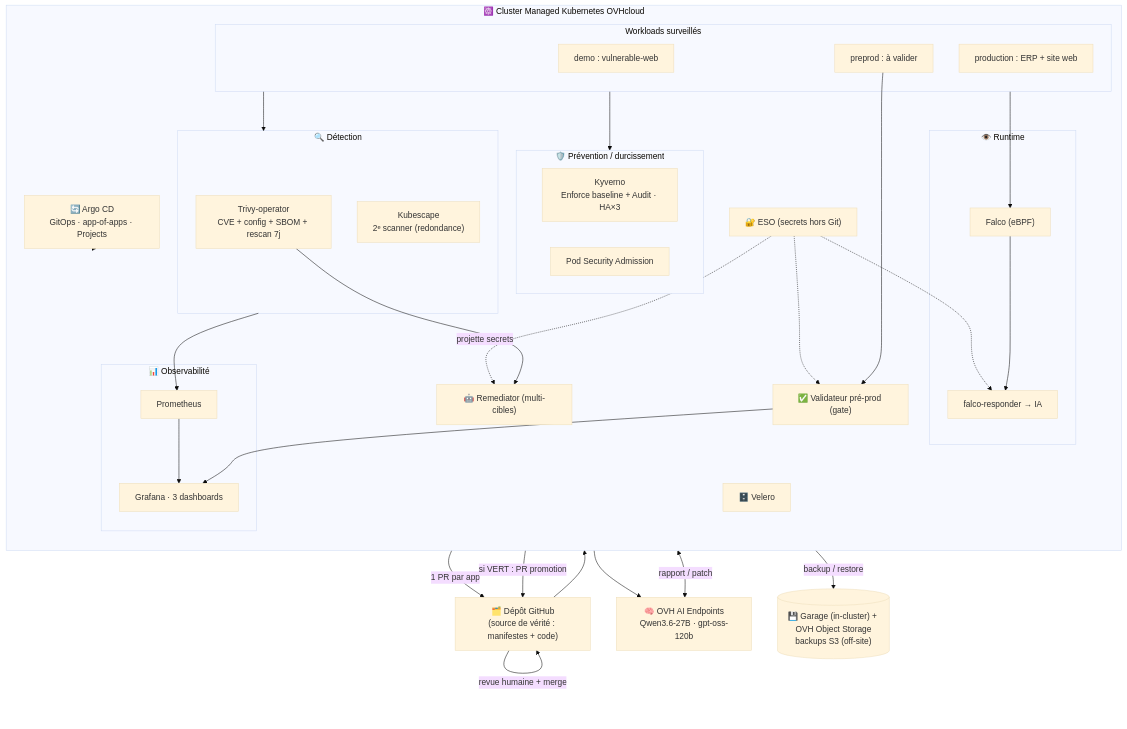
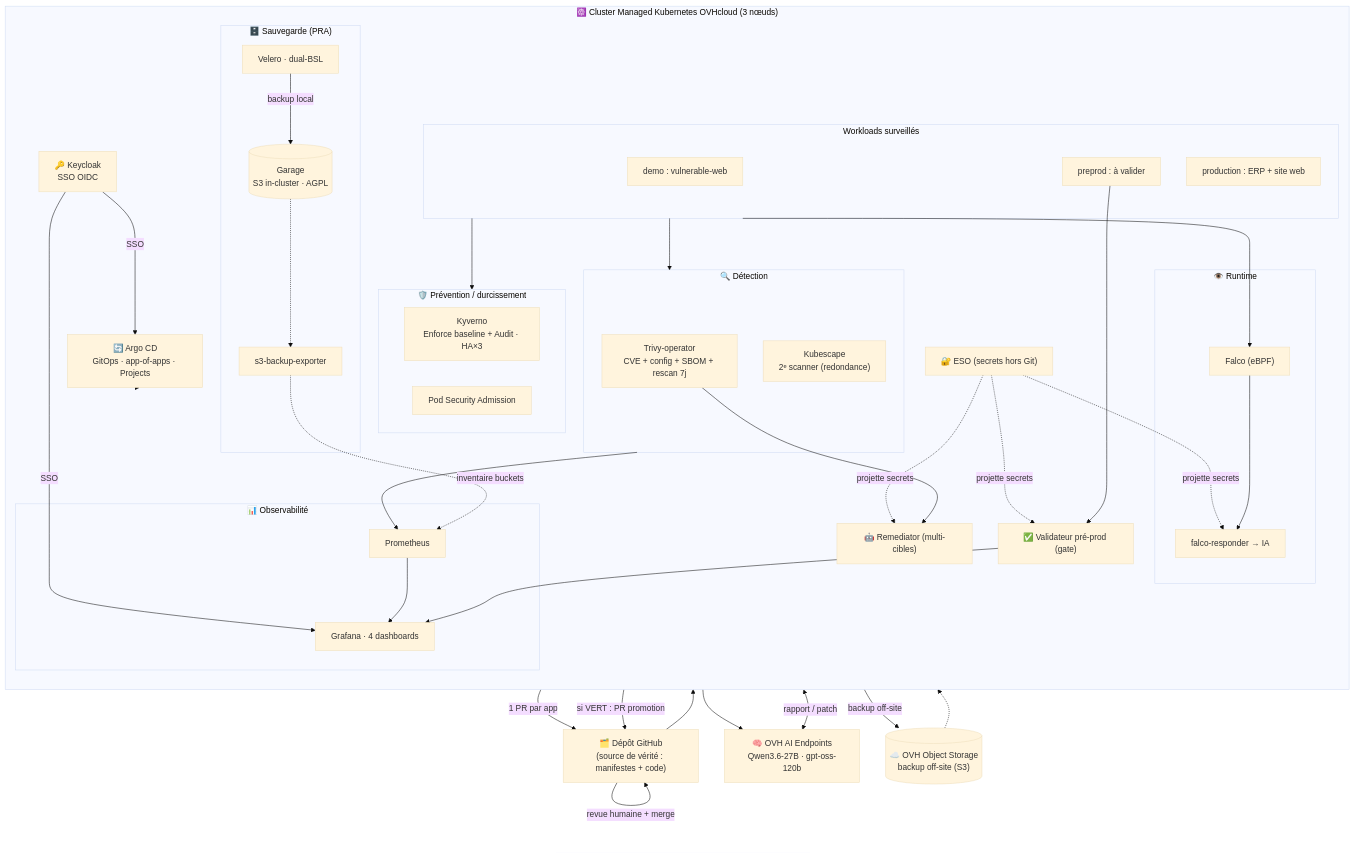
One commit to Hychion/Hackaton_-Equipe_13 changed the diagram in README.md. Above: the diagram before and after it, drawn with Mermaid (base theme).

Commit message:
docs: diagramme Mermaid a jour (Garage+OVH dual-backup, exporter S3, Keycloak SSO, 4 dashboards)

````diff
--- a/README.md
+++ b/README.md
@@ -14,51 +14,60 @@
 ```mermaid
 flowchart TB
     git["🗂️ Dépôt GitHub<br/>(source de vérité : manifestes + code)"]
     ai["🧠 OVH AI Endpoints<br/>Qwen3.6-27B · gpt-oss-120b"]
-    s3[("💾 Garage (in-cluster) + OVH Object Storage<br/>backups S3 (off-site)")]
+    ovhs3[("☁️ OVH Object Storage<br/>backup off-site (S3)")]
 
-    subgraph cluster["☸️ Cluster Managed Kubernetes OVHcloud"]
+    subgraph cluster["☸️ Cluster Managed Kubernetes OVHcloud (3 nœuds)"]
         direction TB
         subgraph wl["Workloads surveillés"]
             demo["demo : vulnerable-web"]
             prod["production : ERP + site web"]
             pp["preprod : à valider"]
         end
         subgraph det["🔍 Détection"]
             trivy["Trivy-operator<br/>CVE + config + SBOM + rescan 7j"]
             ks["Kubescape<br/>2ᵉ scanner (redondance)"]
         end
         subgraph prev["🛡️ Prévention / durcissement"]
             kyv["Kyverno<br/>Enforce baseline + Audit · HA×3"]
             psa["Pod Security Admission"]
         end
         subgraph rt["👁️ Runtime"]
             falco["Falco (eBPF)"]
             fresp["falco-responder → IA"]
         end
+        subgraph bkp["🗄️ Sauvegarde (PRA)"]
+            velero["Velero · dual-BSL"]
+            garage[("Garage<br/>S3 in-cluster · AGPL")]
+            s3exp["s3-backup-exporter"]
+        end
         subgraph ob["📊 Observabilité"]
             prom["Prometheus"]
-            graf["Grafana · 3 dashboards"]
+            graf["Grafana · 4 dashboards"]
         end
         argo["🔄 Argo CD<br/>GitOps · app-of-apps · Projects"]
         remed["🤖 Remediator (multi-cibles)"]
         valid["✅ Validateur pré-prod (gate)"]
         eso["🔐 ESO (secrets hors Git)"]
-        velero["🗄️ Velero"]
+        kc["🔑 Keycloak<br/>SSO OIDC"]
     end
 
     wl --> det & prev & falco
     trivy --> remed
     falco --> fresp --> ai
     remed <-->|rapport / patch| ai
     remed -->|1 PR par app| git
     git -->|revue humaine + merge| git
     git --> argo --> cluster
     pp --> valid --> graf
     valid -->|si VERT : PR promotion| git
     det --> prom --> graf
-    velero -->|backup / restore| s3
-    eso -.->|projette secrets| remed
-    eso -.-> fresp
-    eso -.-> valid
+    velero -->|backup local| garage
+    velero -->|backup off-site| ovhs3
+    garage -.-> s3exp
+    ovhs3 -.-> s3exp
+    s3exp -.->|inventaire buckets| prom
+    kc -->|SSO| argo
+    kc -->|SSO| graf
+    eso -.->|projette secrets| remed & fresp & valid
 ```
````
